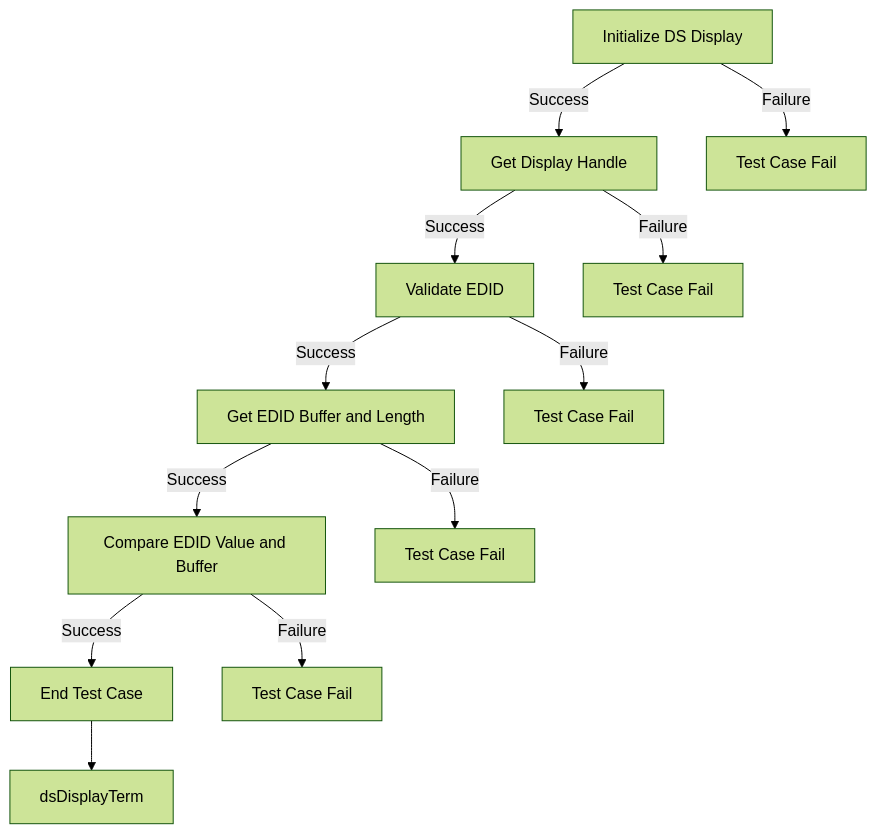
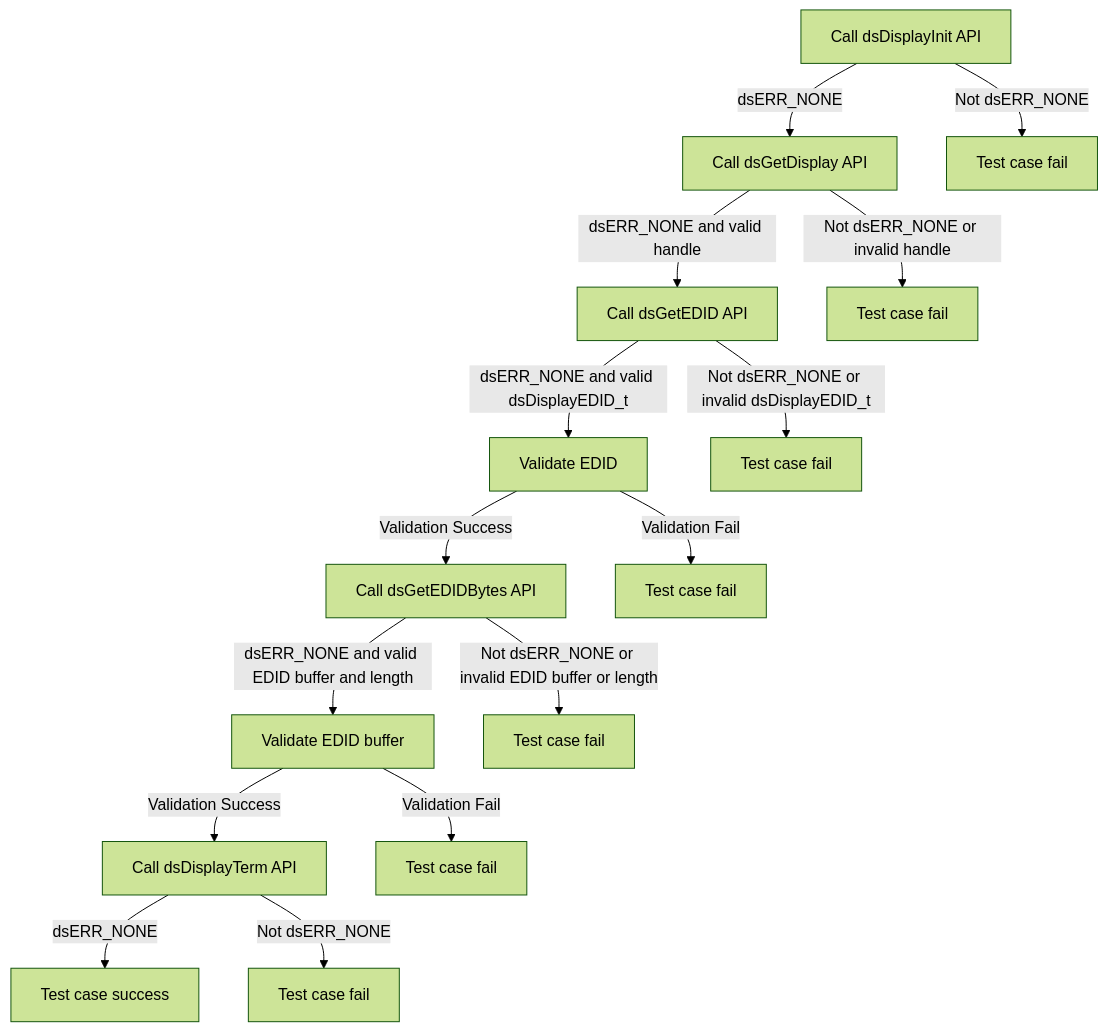
One commit to rdkcentral/rdk-halif-test-device_settings changed the first of 2 diagrams in docs/pages/l2_dsDisplay_test_specification.md. Above: the diagram before and after it, drawn with Mermaid (forest theme). The commit also changed other lines of this file and 7 other files, not shown here.

````diff
--- a/docs/pages/l2_dsDisplay_test_specification.md
+++ b/docs/pages/l2_dsDisplay_test_specification.md
@@ -31,14 +86,17 @@
 ```mermaid
 graph TB
-    A[Initialize DS Display] -->|Success| B[Get Display Handle]
-    A -->|Failure| A1[Test Case Fail]
-    B -->|Success| C[Validate EDID]
-    B -->|Failure| B1[Test Case Fail]
-    C -->|Success| D[Get EDID Buffer and Length]
-    C -->|Failure| C1[Test Case Fail]
-    D -->|Success| E[Compare EDID Value and Buffer]
-    D -->|Failure| D1[Test Case Fail]
-    E -->|Success| F[End Test Case]
-    E -->|Failure| E1[Test Case Fail]
-    F --> G[dsDisplayTerm]
+A[Call dsDisplayInit API] -->|dsERR_NONE| B[Call dsGetDisplay API]
+A -->|Not dsERR_NONE| A1[Test case fail]
+B -->|dsERR_NONE and valid handle| C[Call dsGetEDID API]
+B -->|Not dsERR_NONE or invalid handle| B1[Test case fail]
+C -->|dsERR_NONE and valid dsDisplayEDID_t| D[Validate EDID]
+C -->|Not dsERR_NONE or invalid dsDisplayEDID_t| C1[Test case fail]
+D -->|Validation Success| E[Call dsGetEDIDBytes API]
+D -->|Validation Fail| D1[Test case fail]
+E -->|dsERR_NONE and valid EDID buffer and length| F[Validate EDID buffer]
+E -->|Not dsERR_NONE or invalid EDID buffer or length| E1[Test case fail]
+F -->|Validation Success| G[Call dsDisplayTerm API]
+F -->|Validation Fail| F1[Test case fail]
+G -->|dsERR_NONE| H[Test case success]
+G -->|Not dsERR_NONE| G1[Test case fail]
 ```
````
